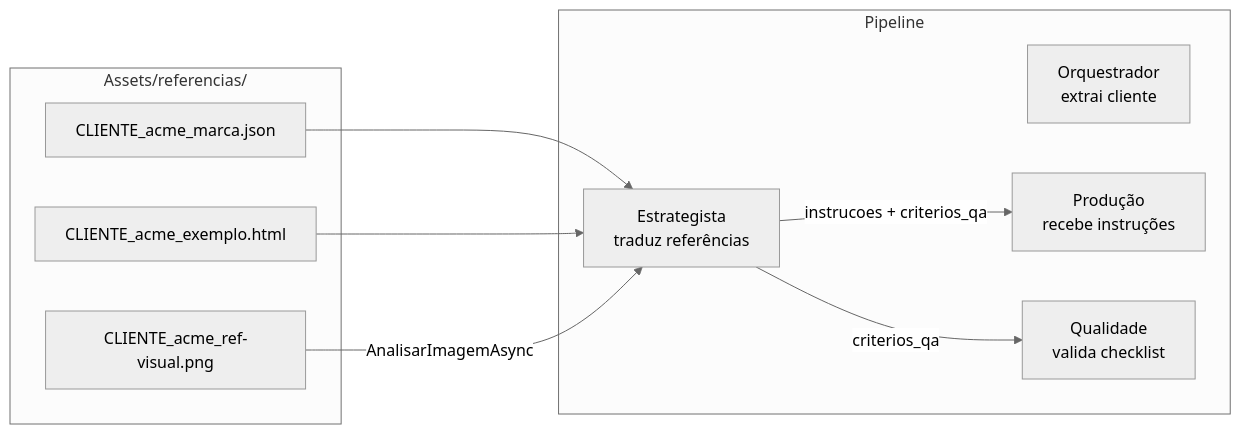
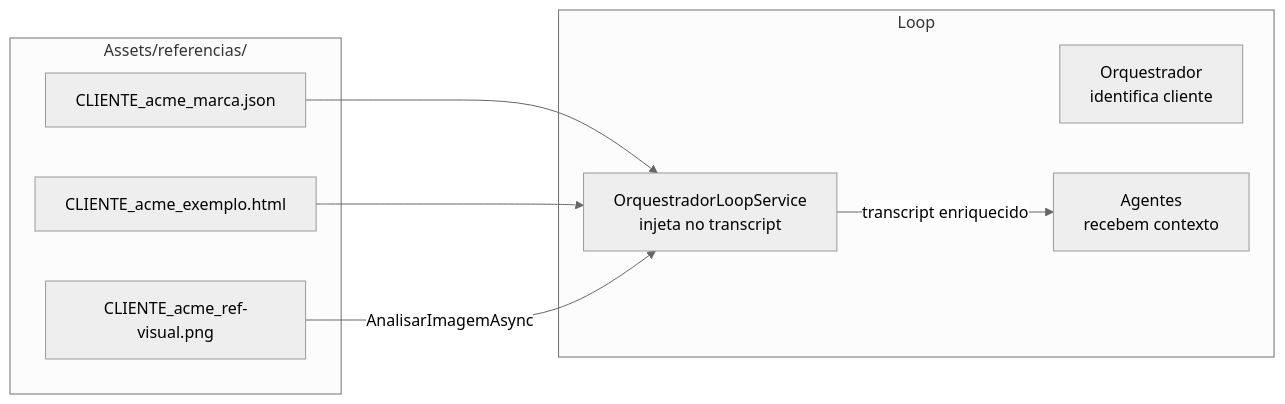
Before and after one commit to joaopedro-marques/suspira.fluxo.demo: the third of 16 diagrams in docs/ARCHITECTURE.md, drawn with Mermaid (neutral theme). The commit also changed other lines of this file and 1 other file, not shown here.

First line of the commit message:
docs: update architecture and config for orchestrator loop

````diff
--- a/docs/ARCHITECTURE.md
+++ b/docs/ARCHITECTURE.md
@@ -129,21 +130,19 @@
 ```mermaid
 flowchart LR
     subgraph "Assets/referencias/"
         JSON[CLIENTE_acme_marca.json]
         HTML[CLIENTE_acme_exemplo.html]
         IMG[CLIENTE_acme_ref-visual.png]
     end
 
-    subgraph "Pipeline"
-        ORQ[Orquestrador<br/>extrai cliente]
-        EST[Estrategista<br/>traduz referências]
-        PRD[Produção<br/>recebe instruções]
-        QA[Qualidade<br/>valida checklist]
+    subgraph "Loop"
+        ORQ[Orquestrador<br/>identifica cliente]
+        LOOP[OrquestradorLoopService<br/>injeta no transcript]
+        AG[Agentes<br/>recebem contexto]
     end
 
-    JSON --> EST
-    HTML --> EST
-    IMG -->|AnalisarImagemAsync| EST
-    EST -->|instrucoes + criterios_qa| PRD
-    EST -->|criterios_qa| QA
+    JSON --> LOOP
+    HTML --> LOOP
+    IMG -->|AnalisarImagemAsync| LOOP
+    LOOP -->|transcript enriquecido| AG
 ```
````
